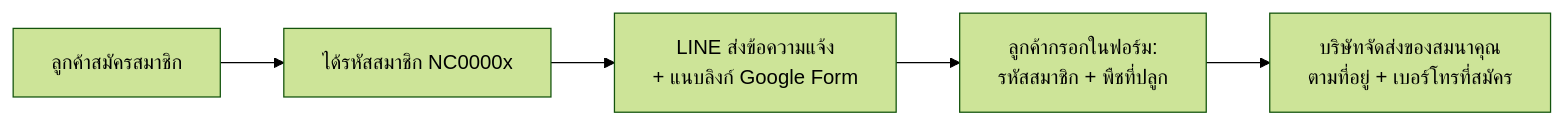
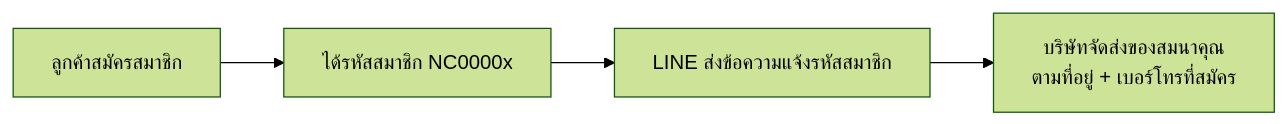
One commit to bbirdss22-ops/project-newclear changed the diagram in Notes/2026-08-07-register-gift-flow.md. Above: the diagram before and after it, drawn with Mermaid (forest theme). The commit also changed other lines of this file and 1 other file, not shown here.

Commit message:
docs: remove Google Form from gift flow (T142 cancelled, revert cc1f252)

````diff
--- a/Notes/2026-08-07-register-gift-flow.md
+++ b/Notes/2026-08-07-register-gift-flow.md
@@ -17,7 +18,6 @@
 ```mermaid
 flowchart LR
     A[ลูกค้าสมัครสมาชิก] --> B[ได้รหัสสมาชิก NC0000x]
-    B --> C[LINE ส่งข้อความแจ้ง<br/>+ แนบลิงก์ Google Form]
-    C --> D[ลูกค้ากรอกในฟอร์ม:<br/>รหัสสมาชิก + พืชที่ปลูก]
-    D --> E[บริษัทจัดส่งของสมนาคุณ<br/>ตามที่อยู่ + เบอร์โทรที่สมัคร]
+    B --> C[LINE ส่งข้อความแจ้งรหัสสมาชิก]
+    C --> D[บริษัทจัดส่งของสมนาคุณ<br/>ตามที่อยู่ + เบอร์โทรที่สมัคร]
 ```
````
